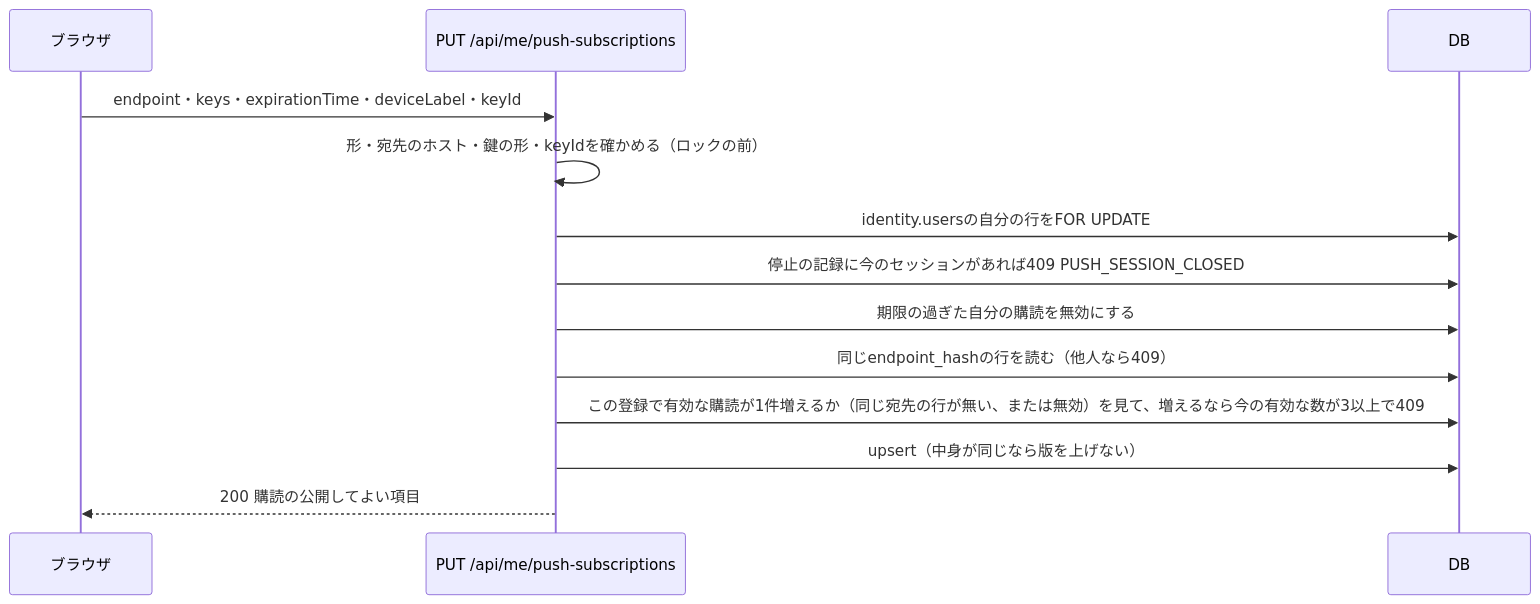
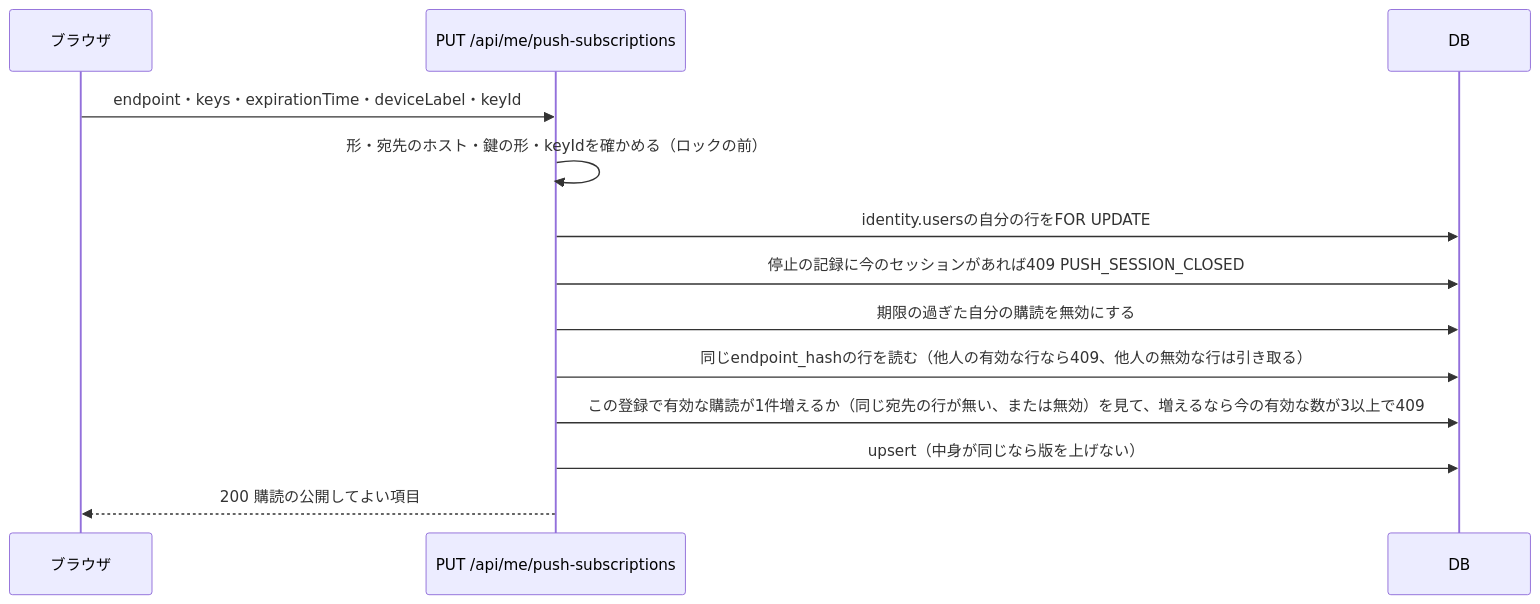
The fifth of 6 diagrams in docs/designs/push-notifications.md (oze-xxbumpxx/Tomotabi), drawn with Mermaid before and after one commit. The commit also changed other lines of this file and 14 other files, not shown here.

````diff
--- a/docs/designs/push-notifications.md
+++ b/docs/designs/push-notifications.md
@@ -157,15 +157,15 @@
 ```mermaid
 sequenceDiagram
   participant B as ブラウザ
   participant API as PUT /api/me/push-subscriptions
   participant DB as DB
   B->>API: endpoint・keys・expirationTime・deviceLabel・keyId
   API->>API: 形・宛先のホスト・鍵の形・keyIdを確かめる（ロックの前）
   API->>DB: identity.usersの自分の行をFOR UPDATE
   API->>DB: 停止の記録に今のセッションがあれば409 PUSH_SESSION_CLOSED
   API->>DB: 期限の過ぎた自分の購読を無効にする
-  API->>DB: 同じendpoint_hashの行を読む（他人なら409）
+  API->>DB: 同じendpoint_hashの行を読む（他人の有効な行なら409、他人の無効な行は引き取る）
   API->>DB: この登録で有効な購読が1件増えるか（同じ宛先の行が無い、または無効）を見て、増えるなら今の有効な数が3以上で409
   API->>DB: upsert（中身が同じなら版を上げない）
   API-->>B: 200 購読の公開してよい項目
 ```
````
